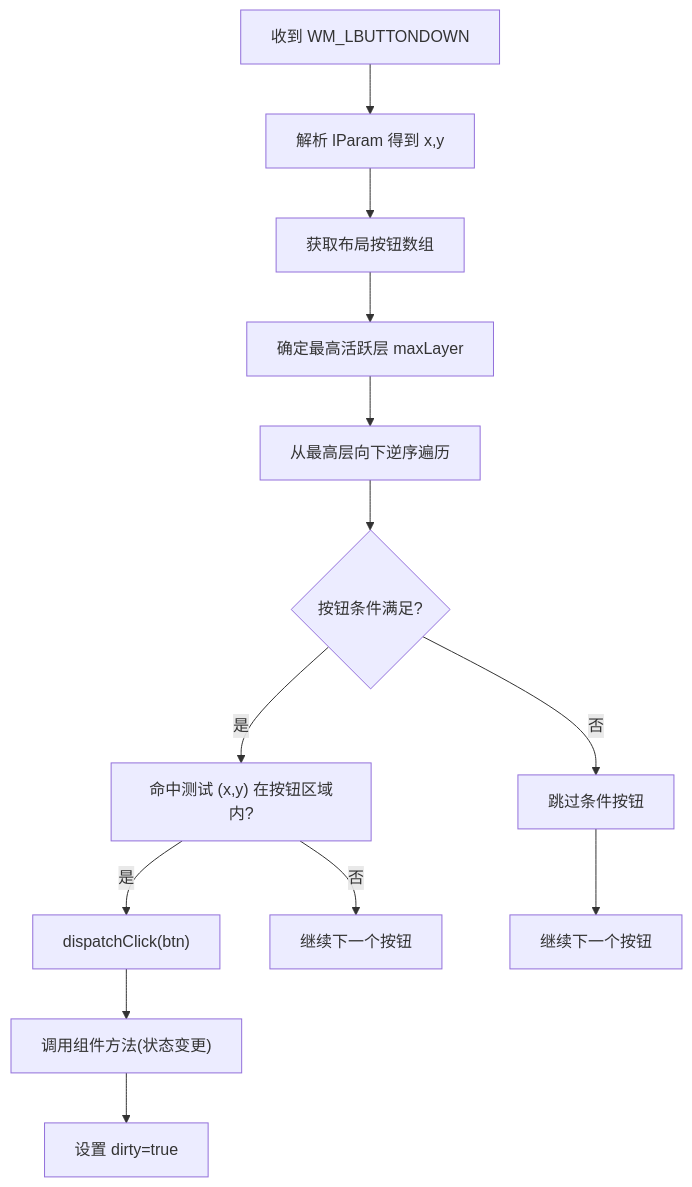
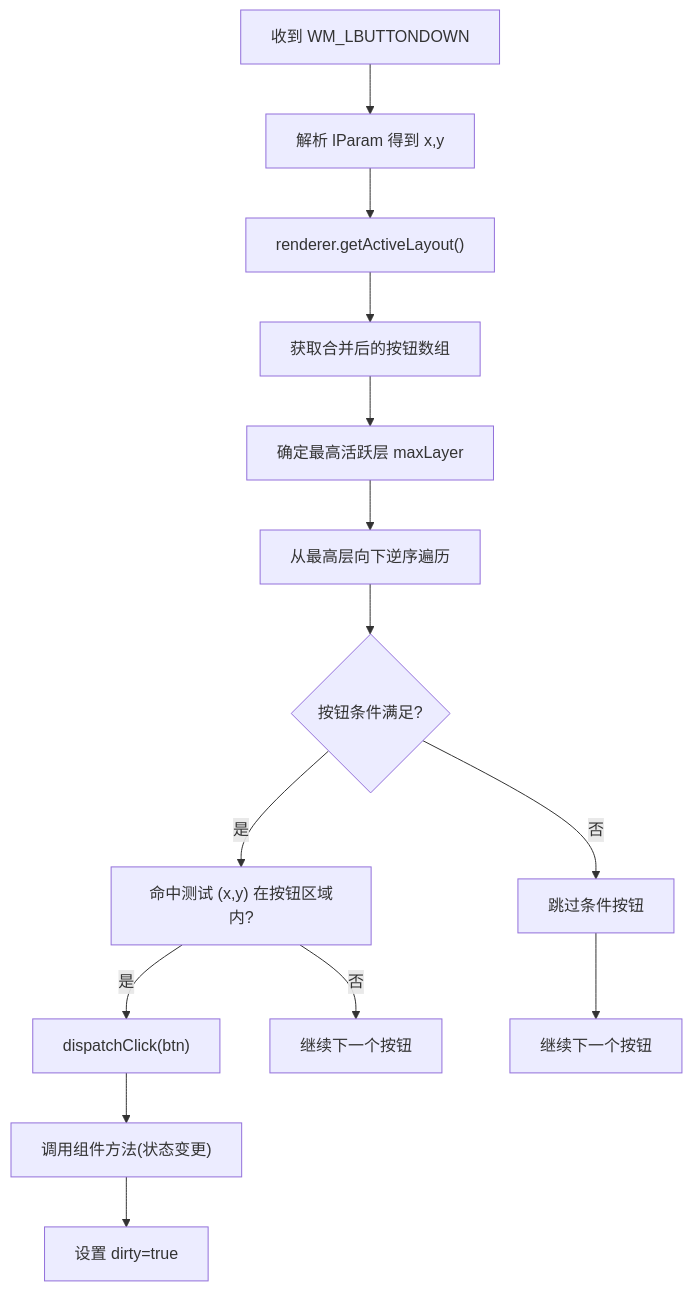
Before and after one commit to xingye00186/PHP-Data-UI-Framework-powered-by-swooleAOT: the sixth of 8 diagrams in .qoder/repowiki/zh/content/应用程序生命周期/应用程序生命周期.md, drawn with Mermaid. The commit also changed other lines of this file and 10 other files, not shown here.

````diff
--- a/.qoder/repowiki/zh/content/应用程序生命周期/应用程序生命周期.md
+++ b/.qoder/repowiki/zh/content/应用程序生命周期/应用程序生命周期.md
@@ -208,15 +296,16 @@
 ```mermaid
 flowchart TD
 A["收到 WM_LBUTTONDOWN"] --> B["解析 lParam 得到 x,y"]
-B --> C["获取布局按钮数组"]
-C --> D["确定最高活跃层 maxLayer"]
-D --> E["从最高层向下逆序遍历"]
-E --> F{"按钮条件满足?"}
-F --> |是| G["命中测试 (x,y) 在按钮区域内?"]
-F --> |否| H["跳过条件按钮"]
-G --> |是| I["dispatchClick(btn)"]
-G --> |否| J["继续下一个按钮"]
-H --> K["继续下一个按钮"]
-I --> L["调用组件方法(状态变更)"]
-L --> M["设置 dirty=true"]
+B --> C["renderer.getActiveLayout()"]
+C --> D["获取合并后的按钮数组"]
+D --> E["确定最高活跃层 maxLayer"]
+E --> F["从最高层向下逆序遍历"]
+F --> G{"按钮条件满足?"}
+G --> |是| H["命中测试 (x,y) 在按钮区域内?"]
+G --> |否| I["跳过条件按钮"]
+H --> |是| J["dispatchClick(btn)"]
+H --> |否| K["继续下一个按钮"]
+I --> L["继续下一个按钮"]
+J --> M["调用组件方法(状态变更)"]
+M --> N["设置 dirty=true"]
 ```
````
